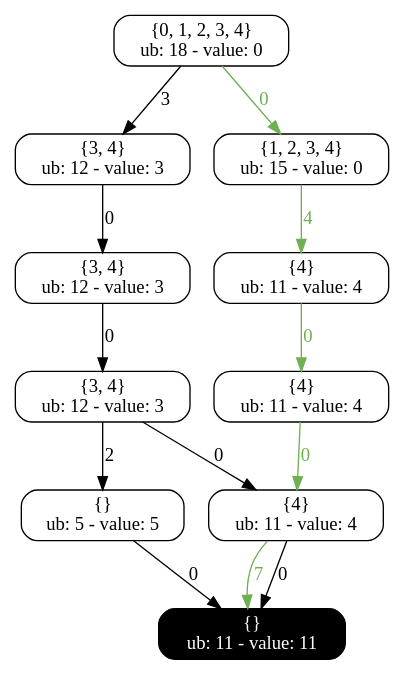
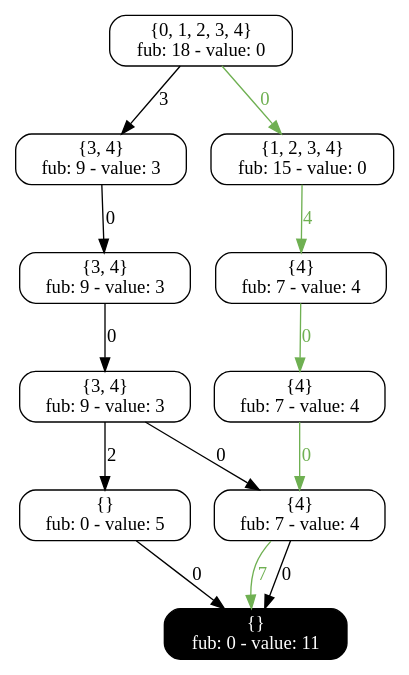
Before and after one commit to DDOLIB-CETIC-UCL/DDOLib: the diagram in output/Misp_restricted.dot, drawn with Graphviz. The commit also changed 5 other files, not shown here.

```diff
--- a/output/Misp_restricted.dot
+++ b/output/Misp_restricted.dot
@@ -1,34 +1,34 @@
 digraph restricted{
-883049899 [label="{0, 1, 2, 3, 4}
-ub: 18 - value: 0", style=rounded, shape=rectangle, tooltip="Exact node"];
-317574433 [label="{3, 4}
-ub: 12 - value: 3", style=rounded, shape=rectangle, tooltip="Exact node"];
-1587487668 [label="{1, 2, 3, 4}
-ub: 15 - value: 0", style=rounded, shape=rectangle, tooltip="Exact node"];
-1225358173 [label="{4}
-ub: 11 - value: 4", style=rounded, shape=rectangle, tooltip="Exact node"];
-933699219 [label="{3, 4}
-ub: 12 - value: 3", style=rounded, shape=rectangle, tooltip="Exact node"];
-2084435065 [label="{4}
-ub: 11 - value: 4", style=rounded, shape=rectangle, tooltip="Exact node"];
-2128227771 [label="{3, 4}
-ub: 12 - value: 3", style=rounded, shape=rectangle, tooltip="Exact node"];
-1996181658 [label="{4}
-ub: 11 - value: 4", style=rounded, shape=rectangle, tooltip="Exact node"];
-1296064247 [label="{}
-ub: 5 - value: 5", style=rounded, shape=rectangle, tooltip="Exact node"];
-780237624 [label="{}
-ub: 11 - value: 11", style=rounded, shape=rectangle, tooltip="Exact node", style="filled, rounded", shape=rectangle, color=black, fontcolor=white, tooltip="Terminal node"];
-1996181658 -> 780237624 [label=0, tooltip="Decision: assign 0 to var 4"];
-1996181658 -> 780237624 [label=7, tooltip="Decision: assign 1 to var 4", color="#6fb052", fontcolor="#6fb052"];
-2084435065 -> 1996181658 [label=0, tooltip="Decision: assign 0 to var 3", color="#6fb052", fontcolor="#6fb052"];
-2128227771 -> 1996181658 [label=0, tooltip="Decision: assign 0 to var 3"];
-317574433 -> 933699219 [label=0, tooltip="Decision: assign 0 to var 1"];
-2128227771 -> 1296064247 [label=2, tooltip="Decision: assign 1 to var 3"];
-1587487668 -> 1225358173 [label=4, tooltip="Decision: assign 1 to var 1", color="#6fb052", fontcolor="#6fb052"];
-933699219 -> 2128227771 [label=0, tooltip="Decision: assign 0 to var 2"];
-1225358173 -> 2084435065 [label=0, tooltip="Decision: assign 0 to var 2", color="#6fb052", fontcolor="#6fb052"];
-883049899 -> 1587487668 [label=0, tooltip="Decision: assign 0 to var 0", color="#6fb052", fontcolor="#6fb052"];
-883049899 -> 317574433 [label=3, tooltip="Decision: assign 1 to var 0"];
-1296064247 -> 780237624 [label=0, tooltip="Decision: assign 0 to var 4"];
+0 [label="{0, 1, 2, 3, 4}
+fub: 18 - value: 0", style=rounded, shape=rectangle, tooltip="Exact node"];
+2 [label="{3, 4}
+fub: 9 - value: 3", style=rounded, shape=rectangle, tooltip="Exact node"];
+1 [label="{1, 2, 3, 4}
+fub: 15 - value: 0", style=rounded, shape=rectangle, tooltip="Exact node"];
+5 [label="{4}
+fub: 7 - value: 4", style=rounded, shape=rectangle, tooltip="Exact node"];
+3 [label="{3, 4}
+fub: 9 - value: 3", style=rounded, shape=rectangle, tooltip="Exact node"];
+6 [label="{4}
+fub: 7 - value: 4", style=rounded, shape=rectangle, tooltip="Exact node"];
+7 [label="{3, 4}
+fub: 9 - value: 3", style=rounded, shape=rectangle, tooltip="Exact node"];
+8 [label="{4}
+fub: 7 - value: 4", style=rounded, shape=rectangle, tooltip="Exact node"];
+9 [label="{}
+fub: 0 - value: 5", style=rounded, shape=rectangle, tooltip="Exact node"];
+10 [label="{}
+fub: 0 - value: 11", style=rounded, shape=rectangle, tooltip="Exact node", style="filled, rounded", shape=rectangle, color=black, fontcolor=white, tooltip="Terminal node"];
+1 -> 5 [label=4, tooltip="Decision: assign 1 to var 1", color="#6fb052", fontcolor="#6fb052"];
+2 -> 3 [label=0, tooltip="Decision: assign 0 to var 1"];
+3 -> 7 [label=0, tooltip="Decision: assign 0 to var 2"];
+0 -> 1 [label=0, tooltip="Decision: assign 0 to var 0", color="#6fb052", fontcolor="#6fb052"];
+7 -> 9 [label=2, tooltip="Decision: assign 1 to var 3"];
+0 -> 2 [label=3, tooltip="Decision: assign 1 to var 0"];
+7 -> 8 [label=0, tooltip="Decision: assign 0 to var 3"];
+6 -> 8 [label=0, tooltip="Decision: assign 0 to var 3", color="#6fb052", fontcolor="#6fb052"];
+8 -> 10 [label=0, tooltip="Decision: assign 0 to var 4"];
+9 -> 10 [label=0, tooltip="Decision: assign 0 to var 4"];
+5 -> 6 [label=0, tooltip="Decision: assign 0 to var 2", color="#6fb052", fontcolor="#6fb052"];
+8 -> 10 [label=7, tooltip="Decision: assign 1 to var 4", color="#6fb052", fontcolor="#6fb052"];
 }
```
